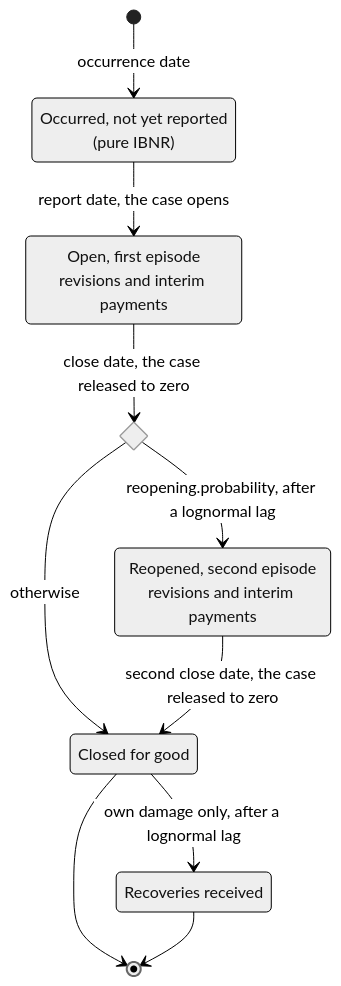
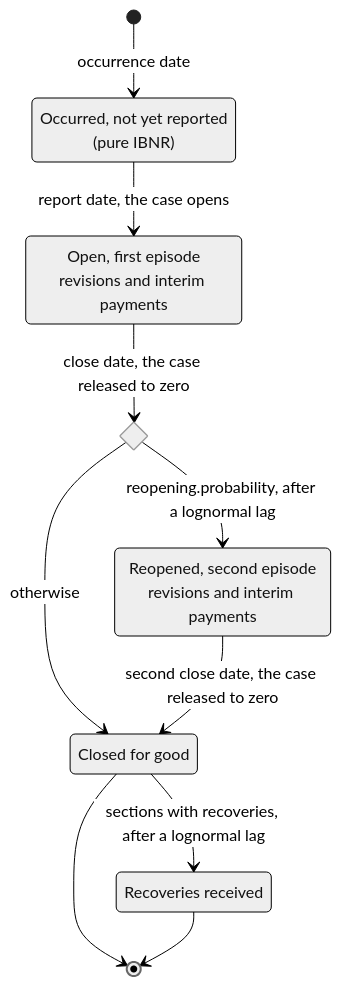
The fifth of 10 diagrams in README.md (le-marais/claims-data-generator), drawn with Mermaid (neutral theme) before and after one commit. The commit also changed other lines of this file and 36 other files, not shown here.

````diff
--- a/README.md
+++ b/README.md
@@ -178,18 +178,18 @@
 ```mermaid
 stateDiagram-v2
     state "Occurred, not yet reported<br/>(pure IBNR)" as Unreported
     state "Open, first episode<br/>revisions and interim payments" as FirstEpisode
     state reopens <<choice>>
     state "Reopened, second episode<br/>revisions and interim payments" as SecondEpisode
     state "Closed for good" as Settled
     state "Recoveries received" as Recovered
     [*] --> Unreported: occurrence date
     Unreported --> FirstEpisode: report date, the case opens
     FirstEpisode --> reopens: close date, the case released to zero
     reopens --> SecondEpisode: reopening.probability, after a lognormal lag
     reopens --> Settled: otherwise
     SecondEpisode --> Settled: second close date, the case released to zero
-    Settled --> Recovered: own damage only, after a lognormal lag
+    Settled --> Recovered: sections with recoveries, after a lognormal lag
     Settled --> [*]
     Recovered --> [*]
 ```
````
